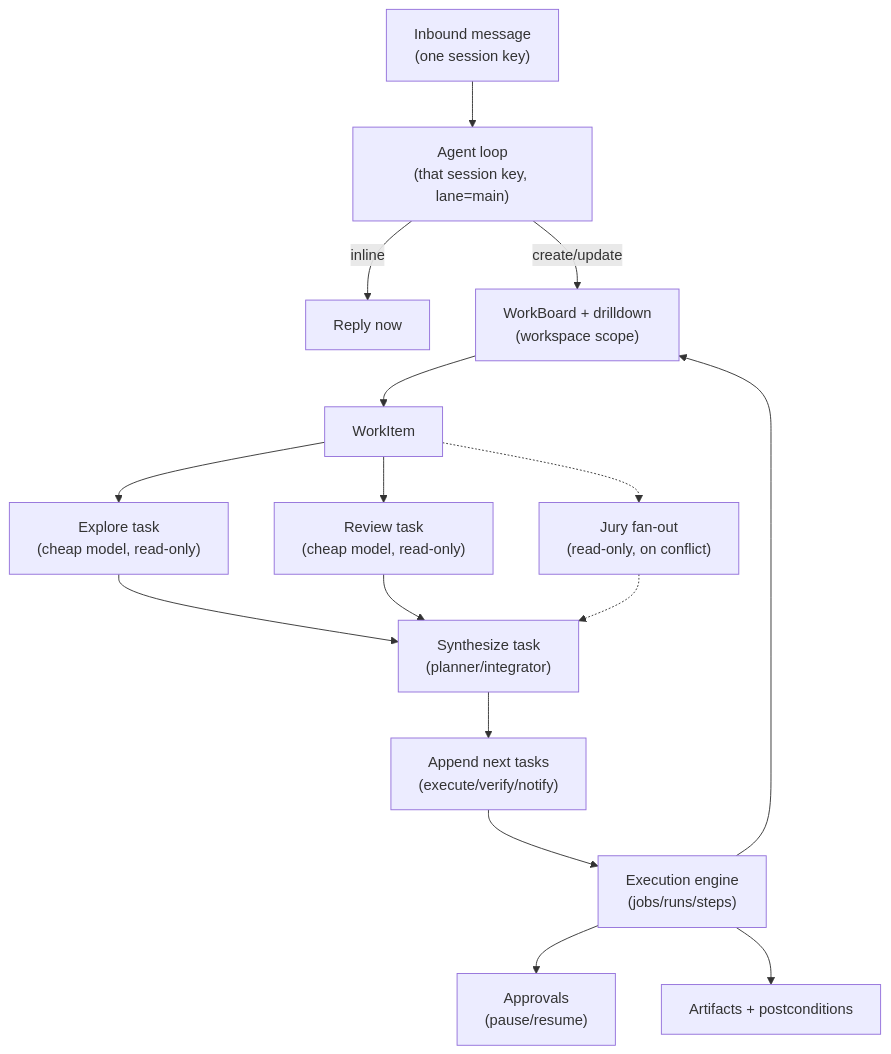
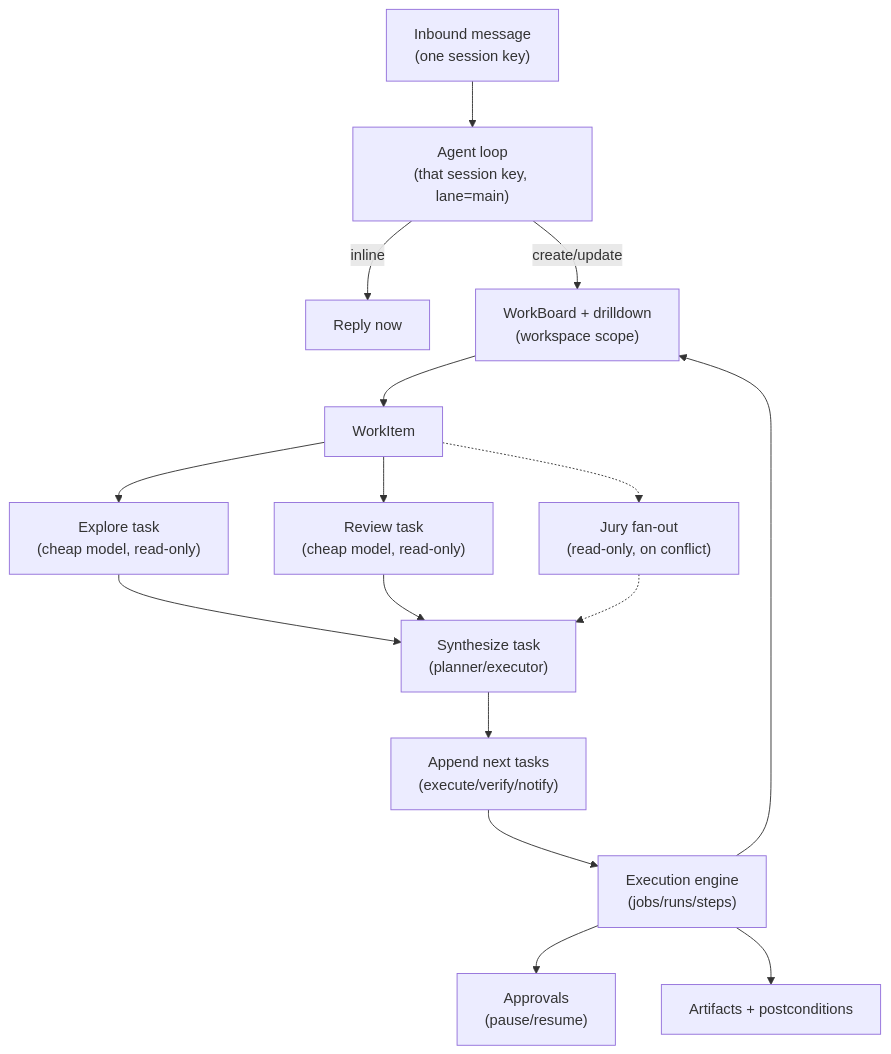
Before and after one commit to tyrumai/tyrum: the second of 3 diagrams in docs/architecture/workboard.md, drawn with Mermaid. The commit also changed other lines of this file and 52 other files, not shown here.

````diff
--- a/docs/architecture/workboard.md
+++ b/docs/architecture/workboard.md
@@ -260,20 +269,20 @@
 ```mermaid
 flowchart TB
   IN["Inbound message<br/>(one session key)"] --> FD["Agent loop<br/>(that session key, lane=main)"]
   FD -->|inline| R["Reply now"]
   FD -->|create/update| WB["WorkBoard + drilldown<br/>(workspace scope)"]
 
   WB --> WI["WorkItem"]
   WI --> P1["Explore task<br/>(cheap model, read-only)"]
   WI --> P2["Review task<br/>(cheap model, read-only)"]
   WI -.-> J["Jury fan-out<br/>(read-only, on conflict)"]
-  P1 --> S["Synthesize task<br/>(planner/integrator)"]
+  P1 --> S["Synthesize task<br/>(planner/executor)"]
   P2 --> S
   J -.-> S
   S --> N["Append next tasks<br/>(execute/verify/notify)"]
 
   N --> ENG["Execution engine<br/>(jobs/runs/steps)"]
   ENG --> APPR["Approvals<br/>(pause/resume)"]
   ENG --> ART["Artifacts + postconditions"]
   ENG --> WB
 ```
````
